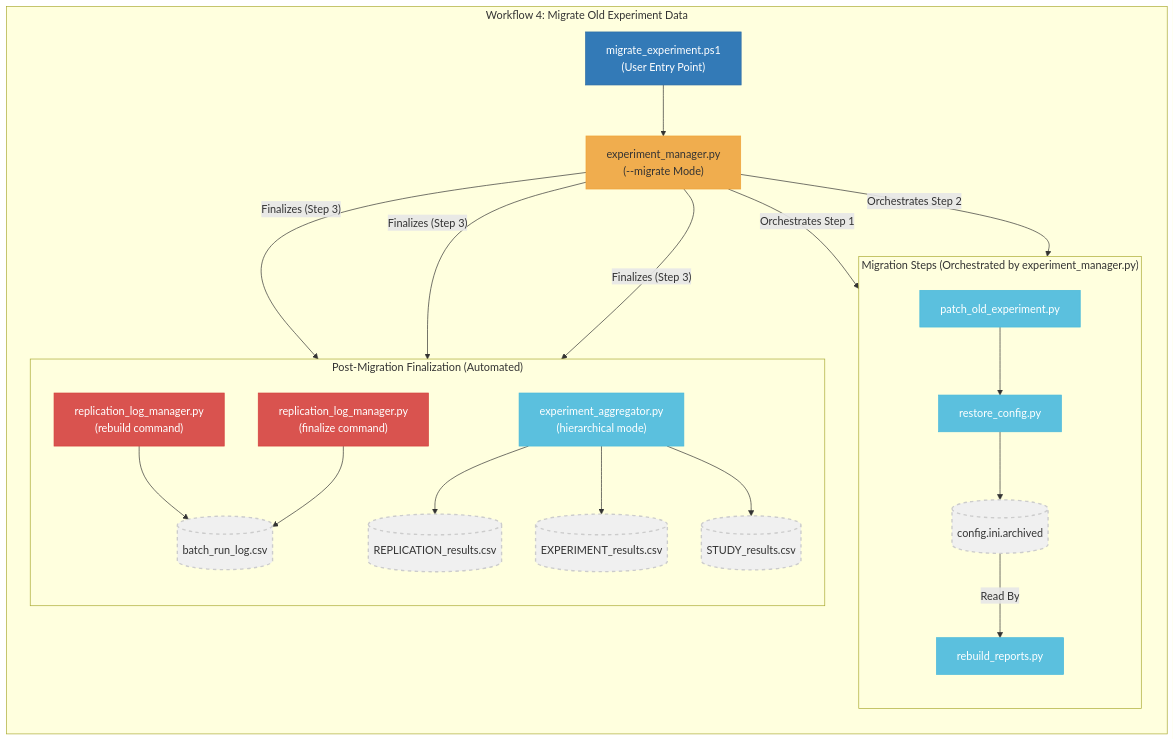
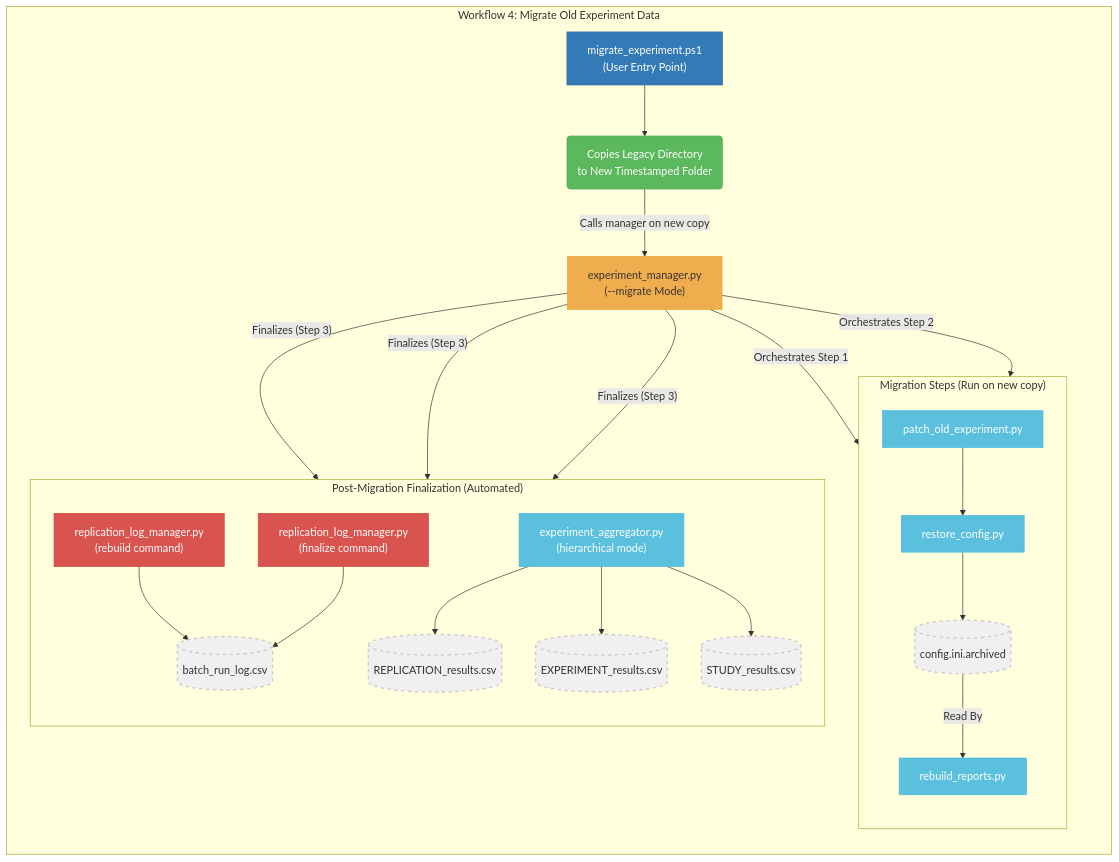
The diagram in docs/diagrams/architecture_workflow_4_migrate_data.mmd (peterjmarko/llm-narrative-framework), drawn with Mermaid before and after one commit. The commit also changed 11 other files, not shown here.

```diff
--- a/docs/diagrams/architecture_workflow_4_migrate_data.mmd
+++ b/docs/diagrams/architecture_workflow_4_migrate_data.mmd
@@ -1,67 +1,71 @@
 graph TD
     %% 1. Define all nodes first
     EntryPointPS["migrate_experiment.ps1<br/>(User Entry Point)"]:::entry_ps
+    CopyStep("Copies Legacy Directory<br/>to New Timestamped Folder"):::action
     EntryPointPy["experiment_manager.py<br/>(--migrate Mode)"]:::entry_py
     
     PatchOld["patch_old_experiment.py"]:::script
     RestoreConfig["restore_config.py"]:::script
     ArchivedConfig[("config.ini.archived")]:::artifact
     RebuildReports["rebuild_reports.py"]:::script
     
     LogManagerRebuild["replication_log_manager.py<br/>(rebuild command)"]:::danger
     BatchRunLog[("batch_run_log.csv")]:::artifact
     Aggregator["experiment_aggregator.py<br/>(hierarchical mode)"]:::script
     ReplResults[("REPLICATION_results.csv")]:::artifact
     ExpResults[("EXPERIMENT_results.csv")]:::artifact
     LogManagerFinalize["replication_log_manager.py<br/>(finalize command)"]:::danger
     
     FinalArtifacts[("STUDY_results.csv")]:::artifact
 
     %% 2. Define connections
-    EntryPointPS --> EntryPointPy
+    EntryPointPS --> CopyStep
+    CopyStep -- "Calls manager on new copy" --> EntryPointPy
+    
     EntryPointPy -- "Orchestrates Step 1" --> PatchOld
     PatchOld --> RestoreConfig
     RestoreConfig --> ArchivedConfig
     ArchivedConfig -- "Read By" --> RebuildReports
     EntryPointPy -- "Orchestrates Step 2" --> RebuildReports
+    
     EntryPointPy -- "Finalizes (Step 3)" --> LogManagerRebuild
     LogManagerRebuild --> BatchRunLog
     EntryPointPy -- "Finalizes (Step 3)" --> Aggregator
     Aggregator --> ReplResults
     Aggregator --> ExpResults
     Aggregator --> FinalArtifacts
     EntryPointPy -- "Finalizes (Step 3)" --> LogManagerFinalize
     LogManagerFinalize --> BatchRunLog
-    
-    %% No direct connection from LogManagerFinalize to FinalArtifacts anymore
 
     %% 3. Group nodes into subgraphs
     subgraph "Workflow 4: Migrate Old Experiment Data"
         direction TB
         EntryPointPS
+        CopyStep
         EntryPointPy
-        subgraph "Migration Steps (Orchestrated by experiment_manager.py)"
+        subgraph "Migration Steps (Run on new copy)"
             direction TB
             PatchOld
             RestoreConfig
             ArchivedConfig
             RebuildReports
         end
         subgraph "Post-Migration Finalization (Automated)"
             direction TB
             LogManagerRebuild
             BatchRunLog
             Aggregator
             ReplResults
             ExpResults
             FinalArtifacts
             LogManagerFinalize
         end
     end
 
-    %% 4. Styling (re-using existing styles, adding new ones if needed)
+    %% 4. Styling
     classDef entry_ps fill:#337ab7,stroke:#2e6da4,color:#fff;
+    classDef action fill:#5cb85c,stroke:#4cae4c,color:#fff;
     classDef entry_py fill:#f0ad4e,stroke:#eea236,color:#333;
     classDef script fill:#5bc0de,stroke:#46b8da,color:#fff;
     classDef danger fill:#d9534f,stroke:#d43f3a,color:#fff;
     classDef artifact fill:#f0f0f0,stroke:#ccc,stroke-width:2px,stroke-dasharray: 5 5;
```
